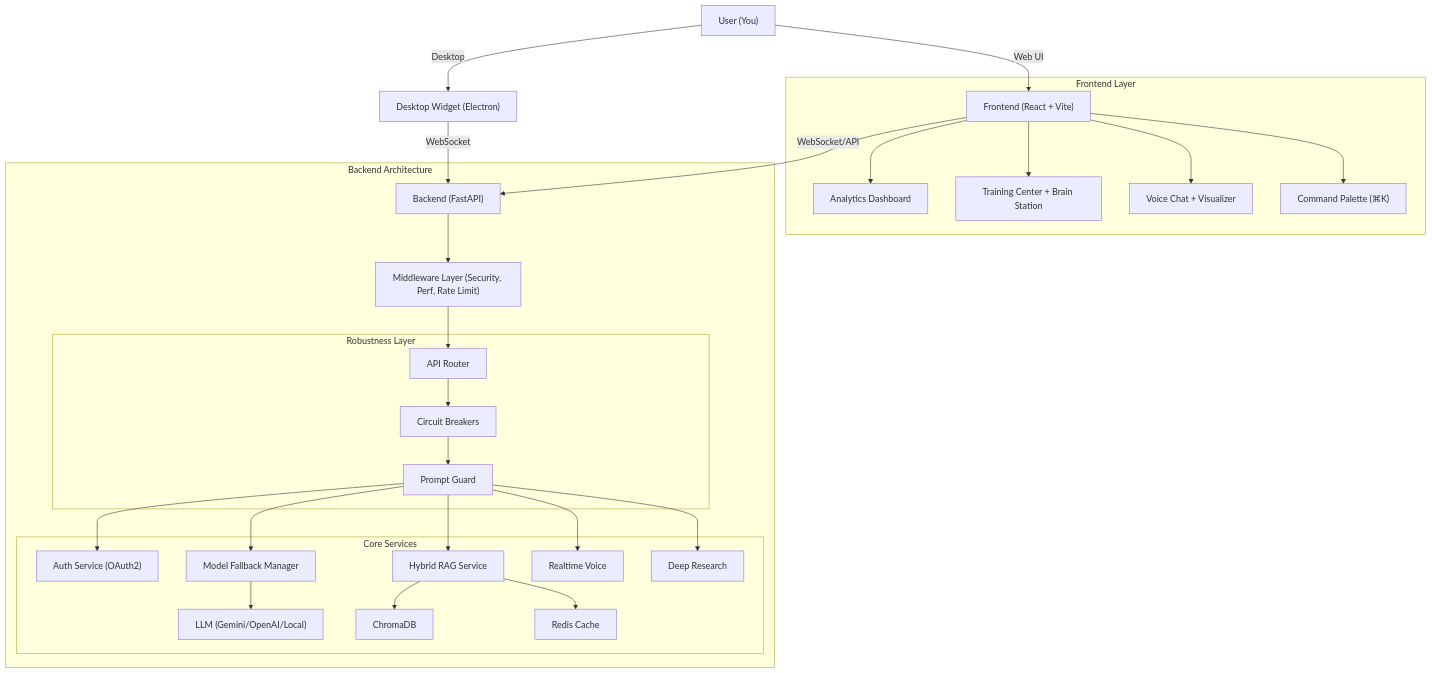
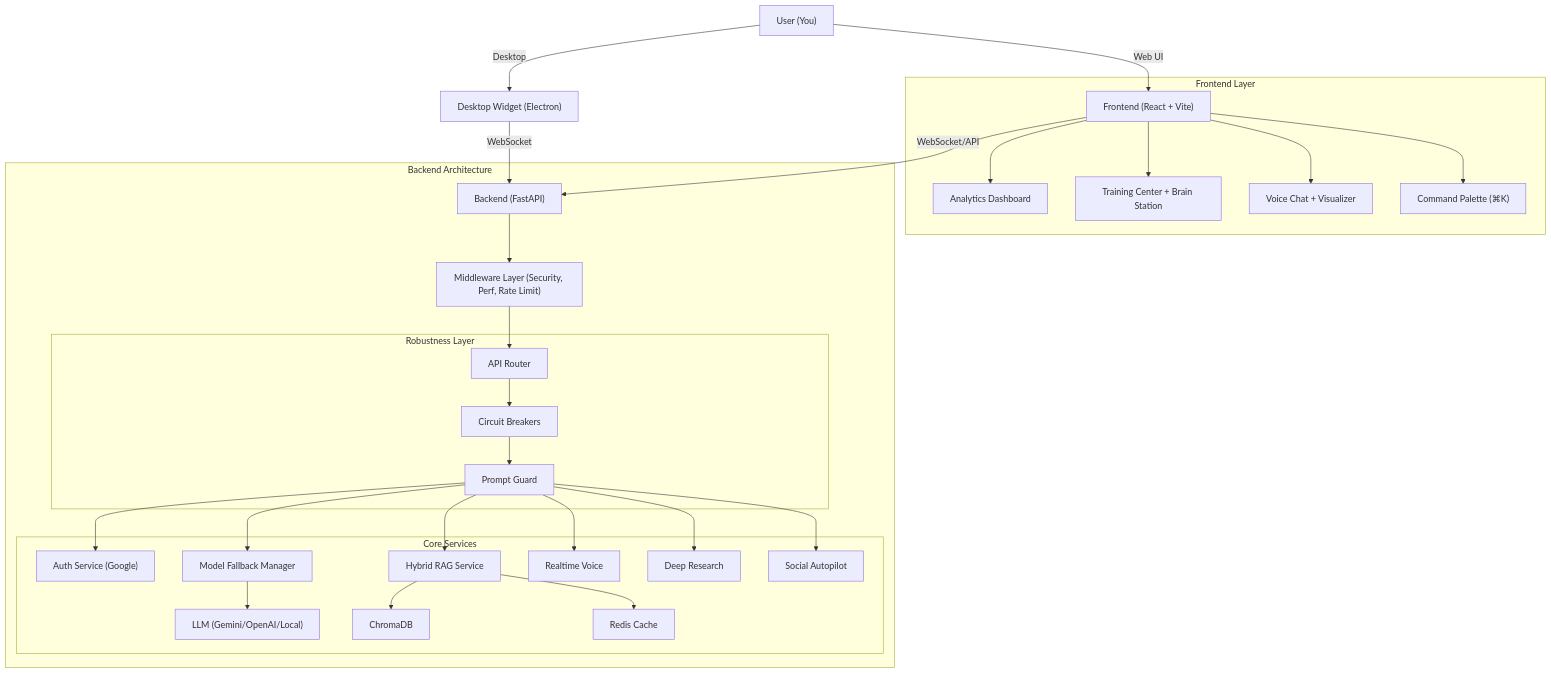
Before and after one commit to ChiragNSundar/Chirag-clone: the first of 2 diagrams in README.md, drawn with Mermaid. The commit also changed other lines of this file and 16 other files, not shown here.

````diff
--- a/README.md
+++ b/README.md
@@ -132,38 +132,39 @@
 ```mermaid
 graph TD
     User["User (You)"] -->|Web UI| Frontend["Frontend (React + Vite)"]
     User -->|Desktop| Widget["Desktop Widget (Electron)"]
     
     subgraph "Frontend Layer"
         Frontend --> Dashboard["Analytics Dashboard"]
         Frontend --> Training["Training Center + Brain Station"]
         Frontend --> Chat["Voice Chat + Visualizer"]
         Frontend --> Command["Command Palette (⌘K)"]
     end
     
     Widget -->|WebSocket| Backend
     Frontend -->|WebSocket/API| Backend["Backend (FastAPI)"]
     
     subgraph "Backend Architecture"
         Backend --> Middle["Middleware Layer (Security, Perf, Rate Limit)"]
         Middle --> Router["API Router"]
         
         subgraph "Robustness Layer"
             Router --> CB["Circuit Breakers"]
             CB --> Guard["Prompt Guard"]
         end
         
         subgraph "Core Services"
-            Guard --> Auth["Auth Service (OAuth2)"]
+            Guard --> Auth["Auth Service (Google)"]
             Guard --> Fallback["Model Fallback Manager"]
             Fallback --> L["LLM (Gemini/OpenAI/Local)"]
             
             Guard --> RAG["Hybrid RAG Service"]
             RAG --> Chroma["ChromaDB"]
             RAG --> Redis["Redis Cache"]
             
             Guard --> Realtime["Realtime Voice"]
             Guard --> Research["Deep Research"]
+            Guard --> Auto["Social Autopilot"]
         end
     end
 ```
````
